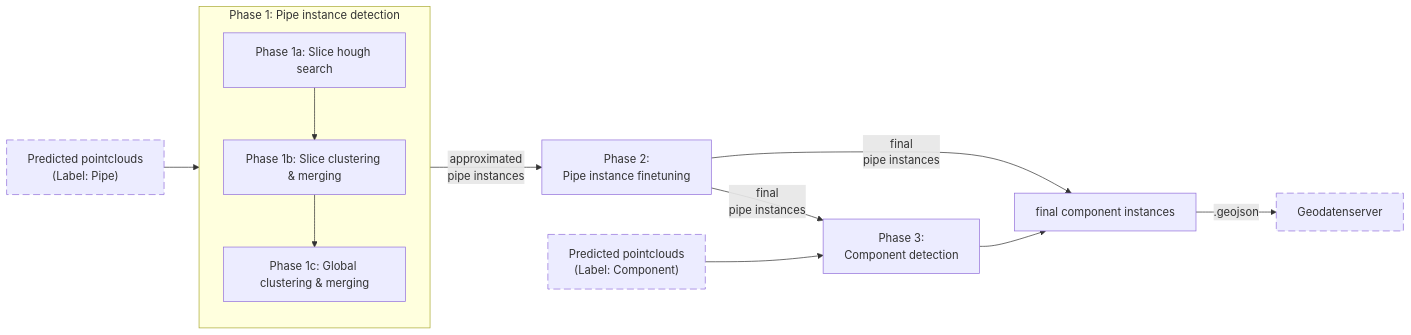
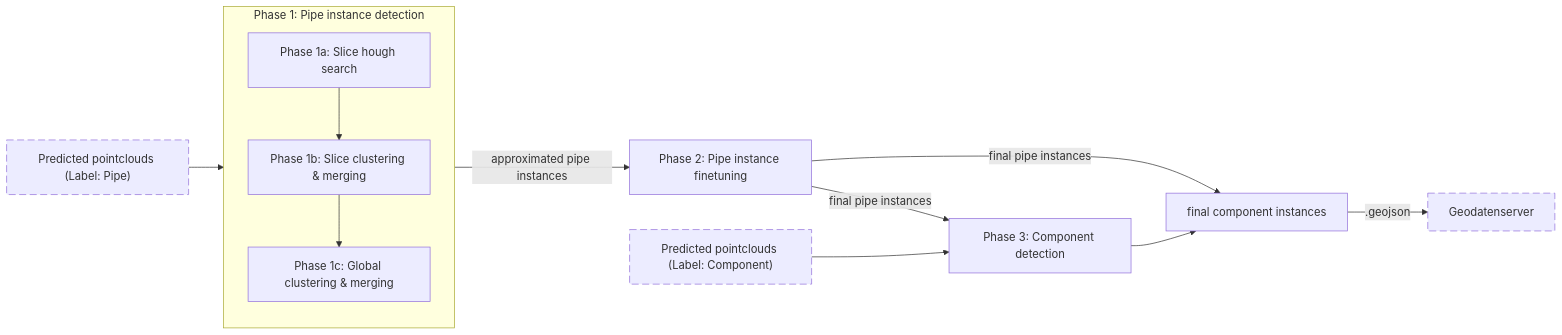
Before and after one commit to BenediktBeigang/Master-Thesis-pipeExtractor: the first of 2 diagrams in README.adoc, drawn with Mermaid. The commit also changed 8 other files, not shown here.

```diff
--- a/README.adoc
+++ b/README.adoc
@@ -6,44 +6,44 @@
 [source,mermaid]
 ----
 flowchart LR
   %% ===== Styles =====
   classDef external stroke-width:1px,stroke-dasharray: 10 5;
   classDef header fill:#fff,stroke-width:1.5px;
   classDef normal stroke-width:1px;
 
   %% ===== Inputs =====
-  I1["Predicted pointclouds\n(Label: Pipe)"]
-  I3["Predicted pointclouds\n(Label: Component)"]
+  I1["Predicted pointclouds (Label: Pipe)"]
+  I3["Predicted pointclouds (Label: Component)"]
 
   %% ===== Phase 1 (group) =====
   subgraph P1["Phase 1: Pipe instance detection"]
     direction TB
     P1a["Phase 1a: Slice hough search"]
     P1b["Phase 1b: Slice clustering & merging"]
     P1c["Phase 1c: Global clustering & merging"]
     P1a --> P1b --> P1c
   end
 
   %% ===== Phase 2 =====
-  P2["Phase 2:\nPipe instance finetuning"]
+  P2["Phase 2: Pipe instance finetuning"]
 
   %% ===== Phase 3 =====
-  P3["Phase 3:\nComponent detection"]
+  P3["Phase 3: Component detection"]
 
   %% ===== Output ======
   J["final component instances"]
   O["Geodatenserver"]
 
   %% ===== Flow + edge labels =====
   I1 --> P1
-  P1 -->|approximated\npipe instances| P2
-  P2 -->|final\npipe instances| P3
+  P1 -->|approximated pipe instances| P2
+  P2 -->|final pipe instances| P3
   I3 --> P3
-  P2 -->|final\npipe instances| J
+  P2 -->|final pipe instances| J
   P3 --> J
   J -->|.geojson| O
 
   %% ===== Class assignments =====
   class I1,I3,O external
   class P1a,P1b,P1c,P2,P3 normal
 ----
```
